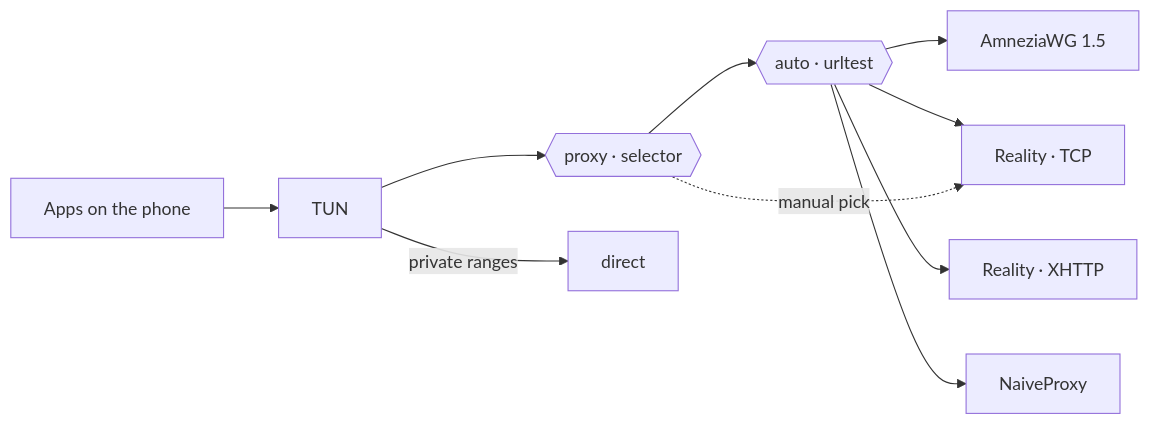
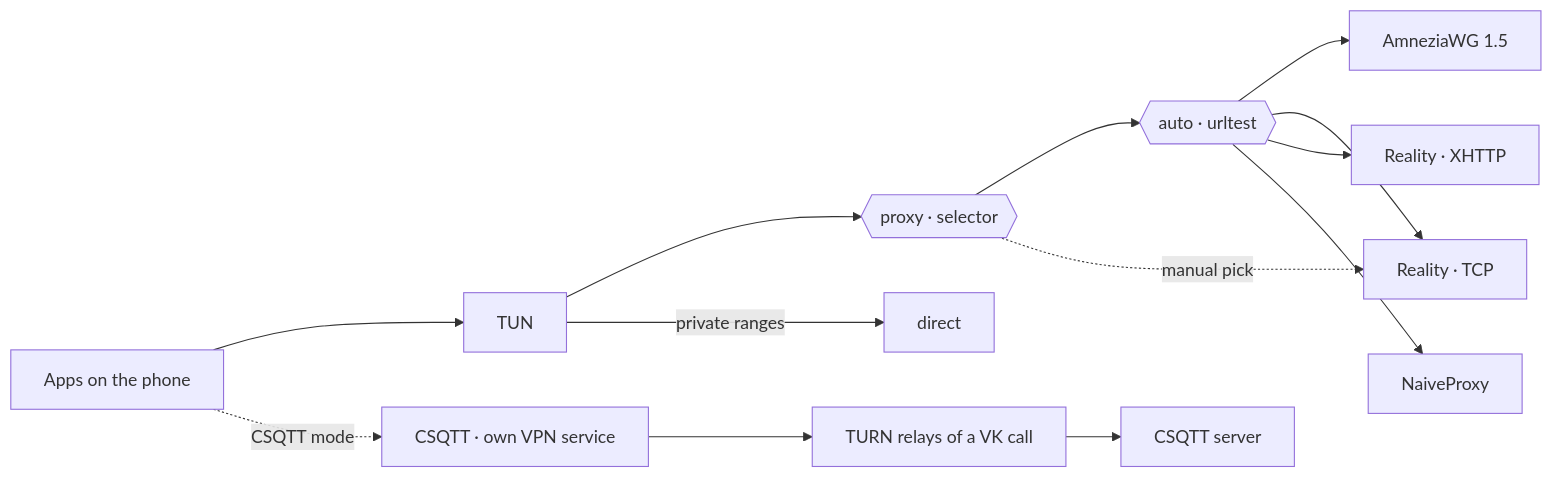
Before and after one commit to zzeygarnik/sing-box-extended: the diagram in README.md, drawn with Mermaid. The commit also changed other lines of this file and 1 other file, not shown here.

Commit message:
docs(zgrnk): document CSQTT mode, icon and bundled engine license in README

````diff
--- a/README.md
+++ b/README.md
@@ -49,12 +53,13 @@
 ```mermaid
 flowchart LR
     apps[Apps on the phone] --> tun[TUN]
     tun --> proxy{{"proxy · selector"}}
     proxy --> auto{{"auto · urltest"}}
     auto --> awg[AmneziaWG 1.5]
     auto --> rtcp[Reality · TCP]
     auto --> rxh[Reality · XHTTP]
     auto --> naive[NaiveProxy]
     proxy -. manual pick .-> rtcp
     tun -- private ranges --> direct[direct]
+    apps -. CSQTT mode .-> csq[CSQTT · own VPN service] --> turn[TURN relays of a VK call] --> srv[CSQTT server]
 ```
````
